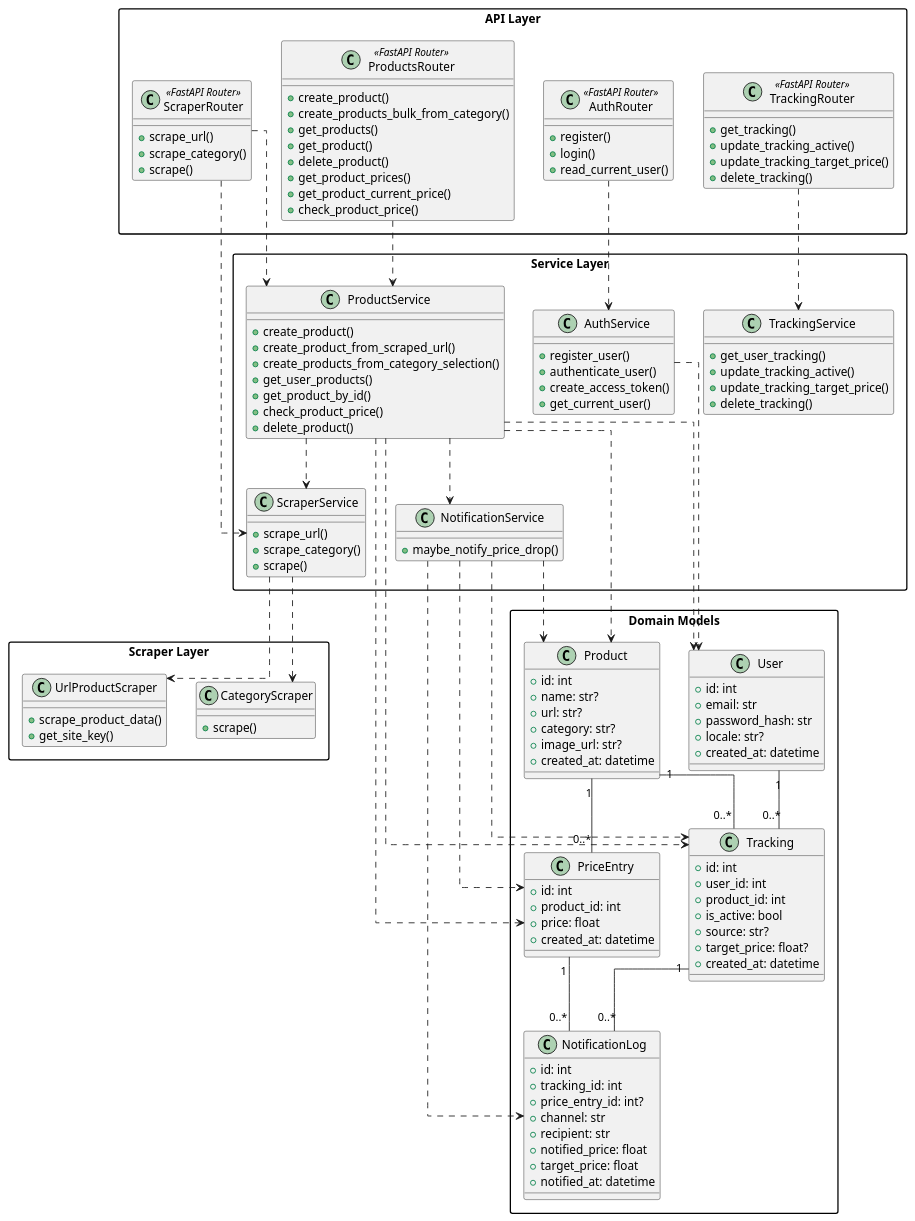
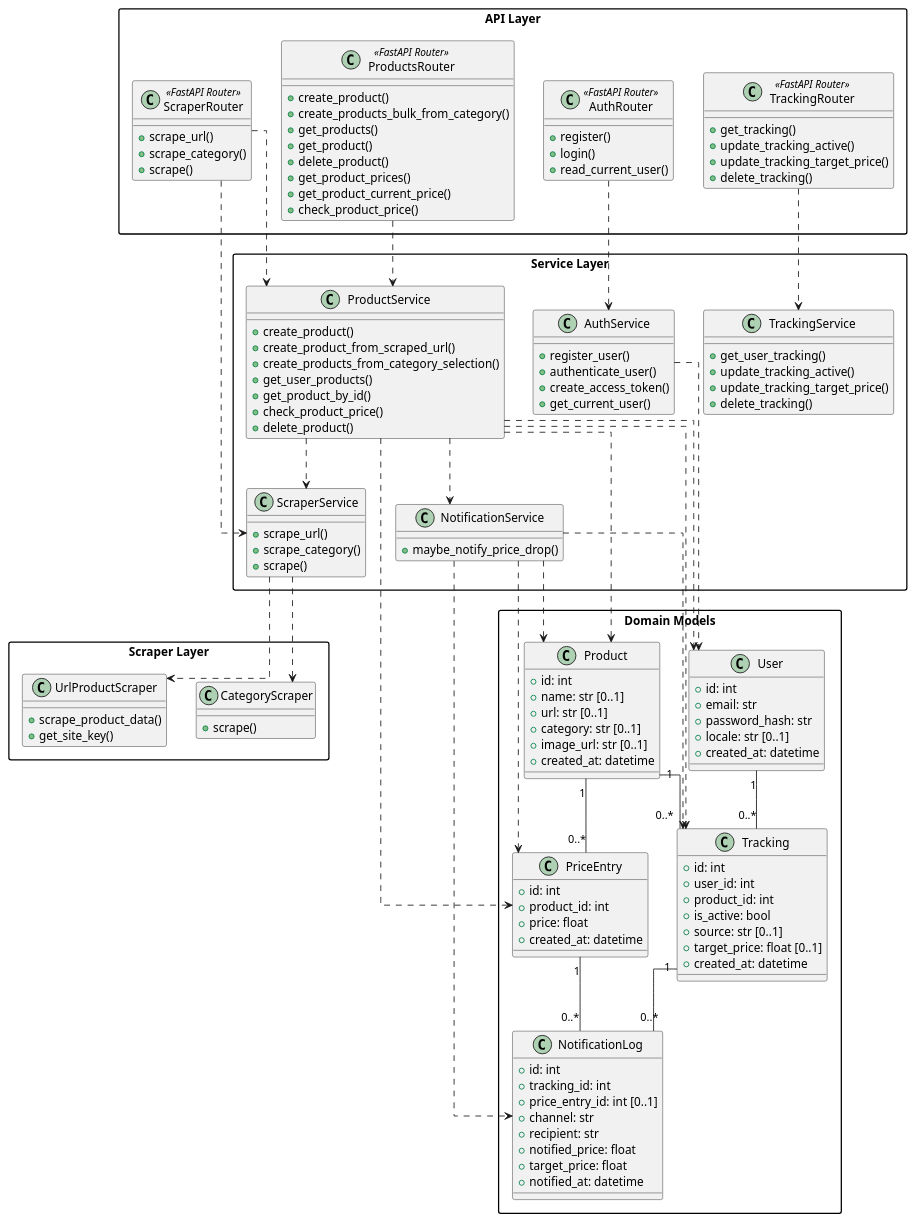
The diagram in uml/class_diagram.puml (TheJokerGun/PriceGoblin), drawn with PlantUML before and after one commit. The commit also changed 6 other files, not shown here.

Commit message:
feat: Update database schema and UML diagrams for improved data integrity and tracking

```diff
--- a/uml/class_diagram.puml
+++ b/uml/class_diagram.puml
@@ -1,158 +1,158 @@
 @startuml ClassDiagram
 skinparam linetype ortho
 skinparam packageStyle rectangle
 
 package "API Layer" {
   class AuthRouter <<FastAPI Router>> {
     +register()
     +login()
     +read_current_user()
   }
 
   class ProductsRouter <<FastAPI Router>> {
     +create_product()
     +create_products_bulk_from_category()
     +get_products()
     +get_product()
     +delete_product()
     +get_product_prices()
     +get_product_current_price()
     +check_product_price()
   }
 
   class ScraperRouter <<FastAPI Router>> {
     +scrape_url()
     +scrape_category()
     +scrape()
   }
 
   class TrackingRouter <<FastAPI Router>> {
     +get_tracking()
     +update_tracking_active()
     +update_tracking_target_price()
     +delete_tracking()
   }
 }
 
 package "Service Layer" {
   class AuthService {
     +register_user()
     +authenticate_user()
     +create_access_token()
     +get_current_user()
   }
 
   class ProductService {
     +create_product()
     +create_product_from_scraped_url()
     +create_products_from_category_selection()
     +get_user_products()
     +get_product_by_id()
     +check_product_price()
     +delete_product()
   }
 
   class ScraperService {
     +scrape_url()
     +scrape_category()
     +scrape()
   }
 
   class TrackingService {
     +get_user_tracking()
     +update_tracking_active()
     +update_tracking_target_price()
     +delete_tracking()
   }
 
   class NotificationService {
     +maybe_notify_price_drop()
   }
 }
 
 package "Scraper Layer" {
   class UrlProductScraper {
     +scrape_product_data()
     +get_site_key()
   }
 
   class CategoryScraper {
     +scrape()
   }
 }
 
 package "Domain Models" {
   class User {
     +id: int
     +email: str
     +password_hash: str
-    +locale: str?
+    +locale: str [0..1]
     +created_at: datetime
   }
 
   class Product {
     +id: int
-    +name: str?
-    +url: str?
-    +category: str?
-    +image_url: str?
+    +name: str [0..1]
+    +url: str [0..1]
+    +category: str [0..1]
+    +image_url: str [0..1]
     +created_at: datetime
   }
 
   class Tracking {
     +id: int
     +user_id: int
     +product_id: int
     +is_active: bool
-    +source: str?
-    +target_price: float?
+    +source: str [0..1]
+    +target_price: float [0..1]
     +created_at: datetime
   }
 
   class PriceEntry {
     +id: int
     +product_id: int
     +price: float
     +created_at: datetime
   }
 
   class NotificationLog {
     +id: int
     +tracking_id: int
-    +price_entry_id: int?
+    +price_entry_id: int [0..1]
     +channel: str
     +recipient: str
     +notified_price: float
     +target_price: float
     +notified_at: datetime
   }
 }
 
 AuthRouter ..> AuthService
 ProductsRouter ..> ProductService
 ScraperRouter ..> ScraperService
 ScraperRouter ..> ProductService
 TrackingRouter ..> TrackingService
 
 ProductService ..> ScraperService
 ProductService ..> NotificationService
 ScraperService ..> UrlProductScraper
 ScraperService ..> CategoryScraper
 
 AuthService ..> User
 ProductService ..> User
 ProductService ..> Product
 ProductService ..> Tracking
 ProductService ..> PriceEntry
 NotificationService ..> NotificationLog
 NotificationService ..> Tracking
 NotificationService ..> Product
 NotificationService ..> PriceEntry
 
 User "1" -- "0..*" Tracking
 Product "1" -- "0..*" Tracking
 Product "1" -- "0..*" PriceEntry
 Tracking "1" -- "0..*" NotificationLog
 PriceEntry "1" -- "0..*" NotificationLog
 
 @enduml
```
